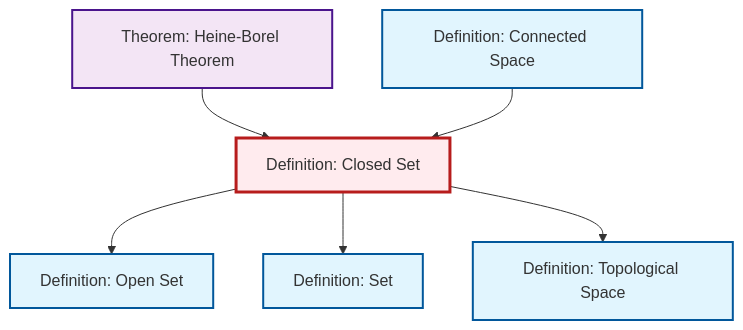
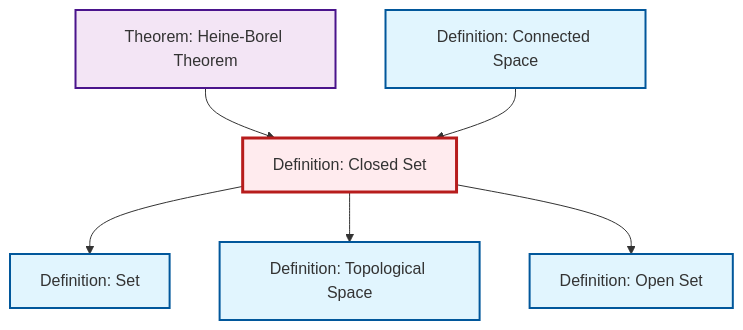
The diagram in content/ja/topology/def-closed-set.qmd (RK0429/ModernMath), drawn with Mermaid before and after one commit. The commit also changed other lines of this file and 619 other files, not shown here.

````diff
--- a/content/ja/topology/def-closed-set.qmd
+++ b/content/ja/topology/def-closed-set.qmd
@@ -45,26 +45,26 @@
 ```{mermaid}
 %%| fig-cap: "Local dependency graph"
 graph TD
     classDef definition fill:#e1f5fe,stroke:#01579b,stroke-width:2px
     classDef theorem fill:#f3e5f5,stroke:#4a148c,stroke-width:2px
     classDef axiom fill:#fff3e0,stroke:#e65100,stroke-width:2px
     classDef example fill:#e8f5e9,stroke:#1b5e20,stroke-width:2px
     classDef current fill:#ffebee,stroke:#b71c1c,stroke-width:3px
+    def-open-set["Definition: Open Set"]:::definition
+    def-set["Definition: Set"]:::definition
+    def-connected["Definition: Connected Space"]:::definition
+    def-topological-space["Definition: Topological Space"]:::definition
     def-closed-set["Definition: Closed Set"]:::definition
     thm-heine-borel["Theorem: Heine-Borel Theorem"]:::theorem
-    def-set["Definition: Set"]:::definition
-    def-topological-space["Definition: Topological Space"]:::definition
-    def-connected["Definition: Connected Space"]:::definition
-    def-open-set["Definition: Open Set"]:::definition
+    def-closed-set --> def-set
     thm-heine-borel --> def-closed-set
+    def-closed-set --> def-topological-space
     def-closed-set --> def-open-set
     def-connected --> def-closed-set
-    def-closed-set --> def-set
-    def-closed-set --> def-topological-space
     class def-closed-set current
+    click def-open-set "def-open-set.html" "Definition: Open Setへ"
+    click def-set "def-set.html" "Definition: Setへ"
+    click def-connected "def-connected.html" "Definition: Connected Spaceへ"
+    click def-topological-space "def-topological-space.html" "Definition: Topological Spaceへ"
     click thm-heine-borel "thm-heine-borel.html" "Theorem: Heine-Borel Theoremへ"
-    click def-set "def-set.html" "Definition: Setへ"
-    click def-topological-space "def-topological-space.html" "Definition: Topological Spaceへ"
-    click def-connected "def-connected.html" "Definition: Connected Spaceへ"
-    click def-open-set "def-open-set.html" "Definition: Open Setへ"
 ```
````
